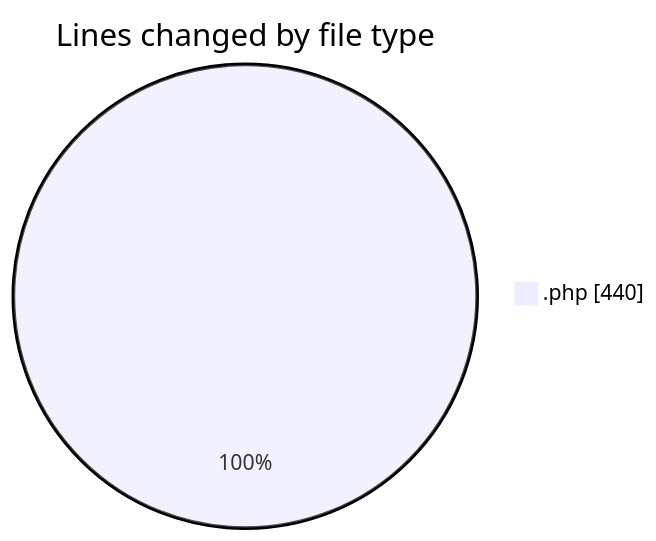
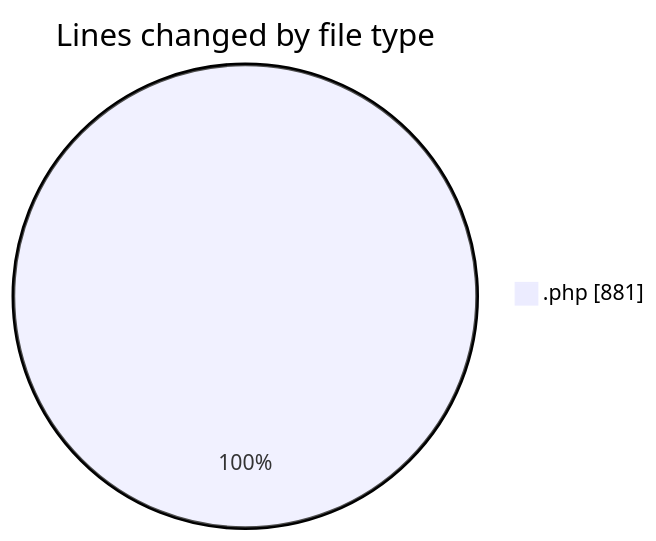
Before and after one commit to vahidmafi/code-tracking: the first of 2 diagrams in 2025-10-04/shop/README.md, drawn with Mermaid. The commit also changed other lines of this file and 1 other file, not shown here.

````diff
--- a/2025-10-04/shop/README.md
+++ b/2025-10-04/shop/README.md
@@ -20,5 +20,5 @@
 ```mermaid
 pie showData
 title Lines changed by file type
-".php" : 440
+".php" : 881
 ```
````
